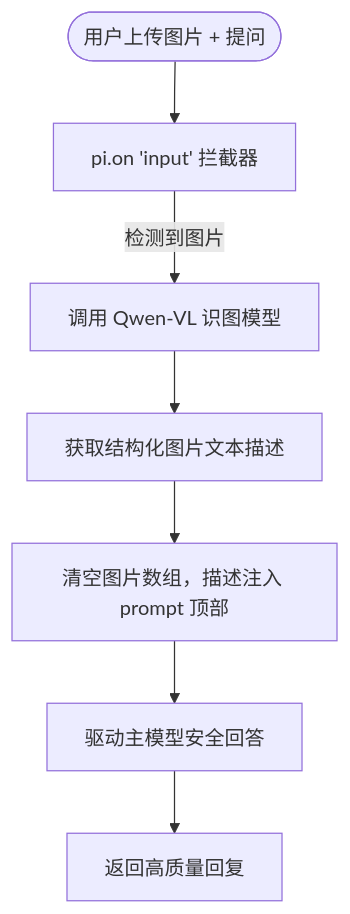
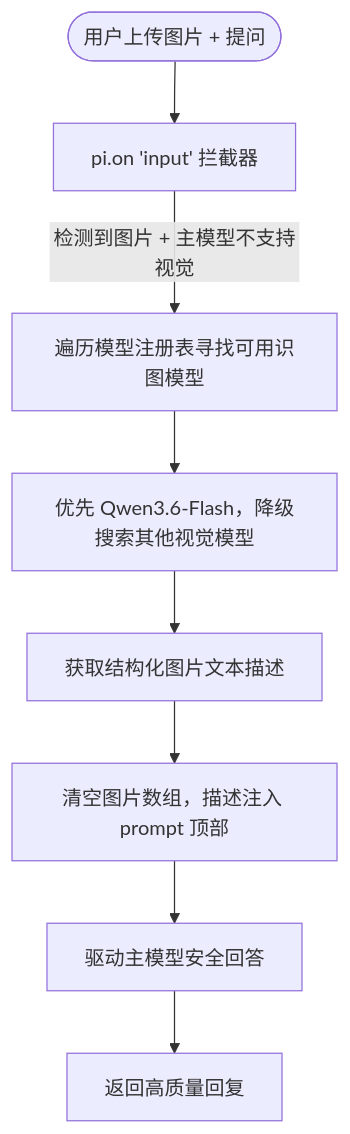
The third of 3 diagrams in README.md (liskydrift/projectEL), drawn with Mermaid before and after one commit. The commit also changed other lines of this file and 32 other files, not shown here.

````diff
--- a/README.md
+++ b/README.md
@@ -111,9 +148,10 @@
 ```mermaid
 graph TD
     User([用户上传图片 + 提问]) --> InputFilter[pi.on 'input' 拦截器]
-    InputFilter -->|检测到图片| QwenCall[调用 Qwen-VL 识图模型]
+    InputFilter -->|检测到图片 + 主模型不支持视觉| FindModel[遍历模型注册表寻找可用识图模型]
+    FindModel --> QwenCall[优先 Qwen3.6-Flash，降级搜索其他视觉模型]
     QwenCall --> DetailExtract[获取结构化图片文本描述]
     DetailExtract --> PromptInject[清空图片数组，描述注入 prompt 顶部]
     PromptInject --> MainLLM[驱动主模型安全回答]
     MainLLM --> UserResponse[返回高质量回复]
 ```
````
